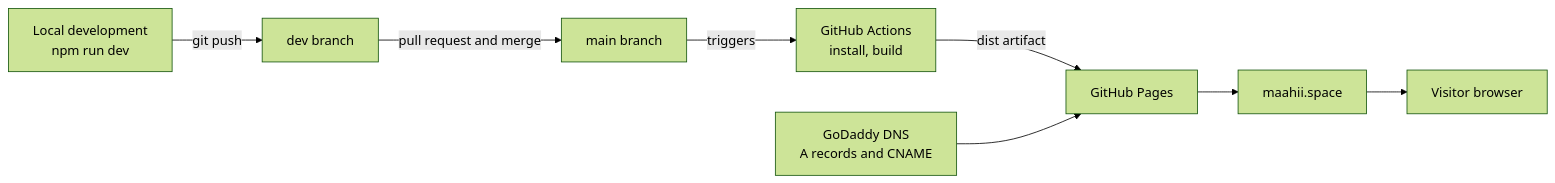
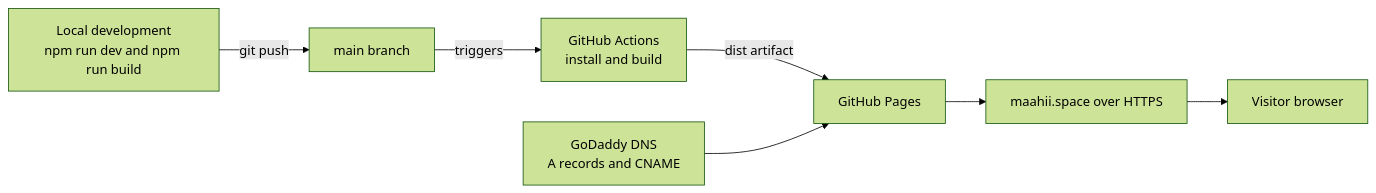
Before and after one commit to maahii-in/maahii-in.github.io: the diagram in README.md, drawn with Mermaid (forest theme). The commit also changed other lines of this file, not shown here.

Commit message:
Update README for single-branch workflow

````diff
--- a/README.md
+++ b/README.md
@@ -116,10 +123,9 @@
 ```mermaid
 flowchart LR
-    Dev[Local development<br/>npm run dev] -->|git push| DevBranch[dev branch]
-    DevBranch -->|pull request and merge| Main[main branch]
-    Main -->|triggers| CI[GitHub Actions<br/>install, build]
+    Dev[Local development<br/>npm run dev and npm run build] -->|git push| Main[main branch]
+    Main -->|triggers| CI[GitHub Actions<br/>install and build]
     CI -->|dist artifact| Pages[GitHub Pages]
     DNS[GoDaddy DNS<br/>A records and CNAME] --> Pages
-    Pages --> Site[maahii.space]
+    Pages --> Site[maahii.space over HTTPS]
     Site --> Visitor[Visitor browser]
 ```
````
